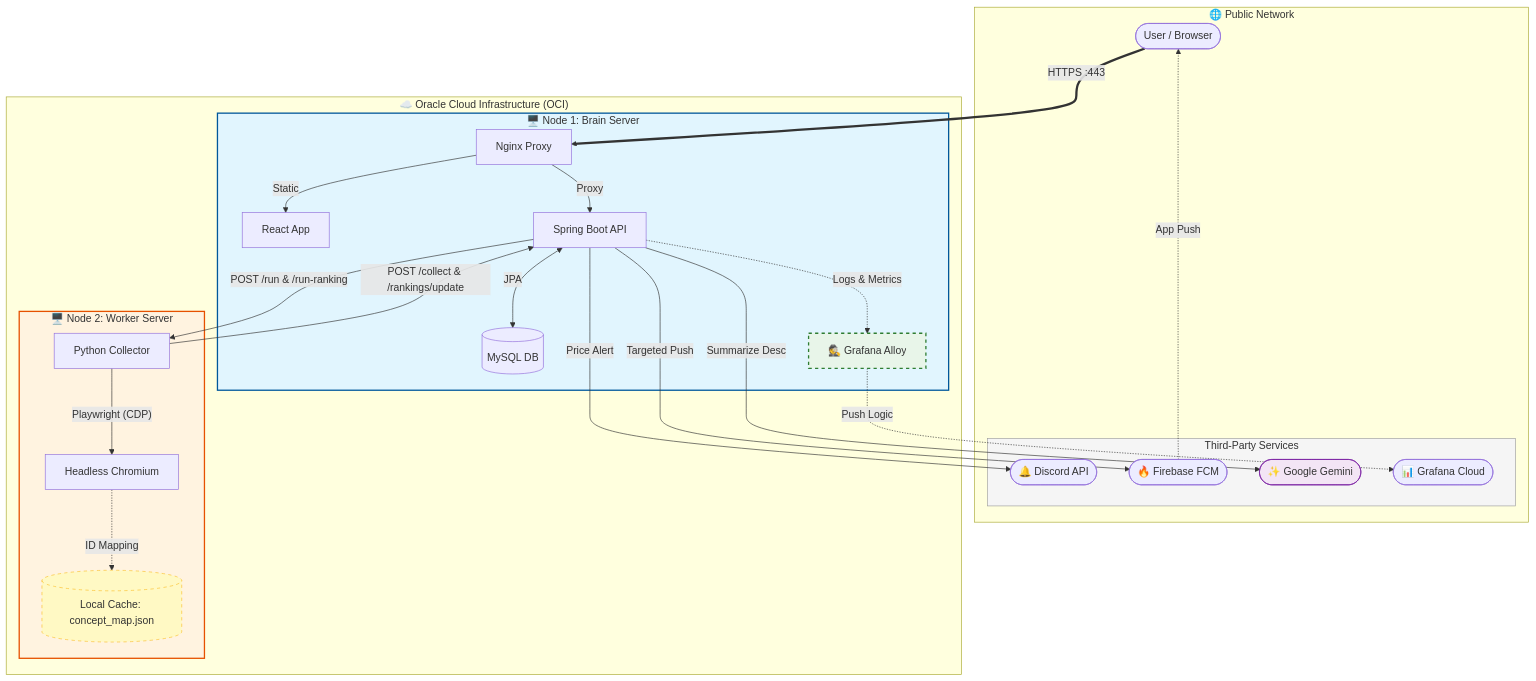
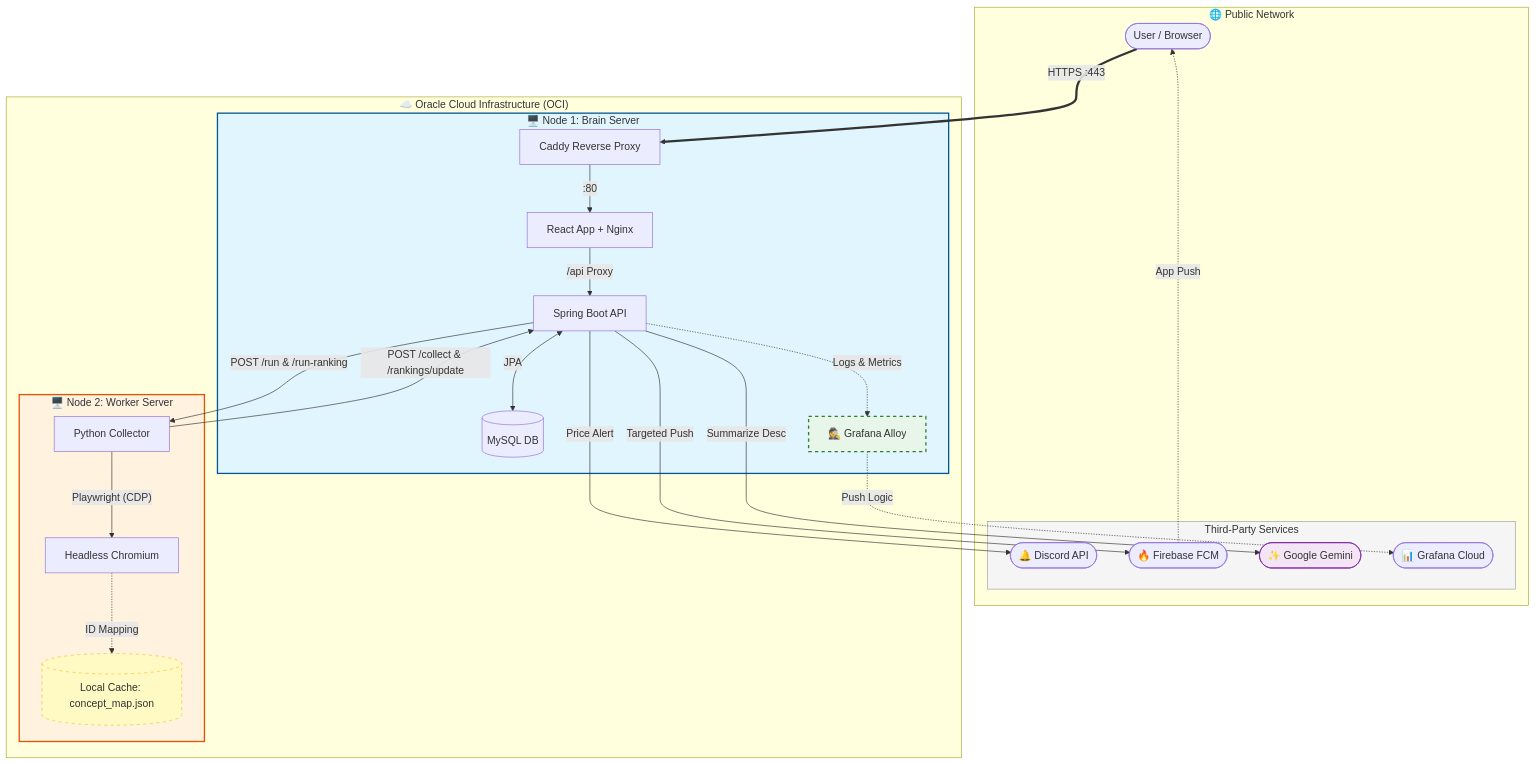
Before and after one commit to ygpark11/backend-lab: the diagram in msa/apps/README.md, drawn with Mermaid. The commit also changed other lines of this file and 4 other files, not shown here.

````diff
--- a/msa/apps/README.md
+++ b/msa/apps/README.md
@@ -65,66 +65,66 @@
 ```mermaid
 graph TD
     %% --- [External Network] ---
     subgraph Public_Network ["🌐 Public Network"]
         User([User / Browser])
         
         subgraph External_Services ["Third-Party Services"]
             Discord([🔔 Discord API])
             FCM([🔥 Firebase FCM])
             Gemini([✨ Google Gemini])
             Grafana([📊 Grafana Cloud])
         end
     end
 
     %% --- [Oracle Cloud Infrastructure] ---
     subgraph Oracle_Cloud ["☁️ Oracle Cloud Infrastructure (OCI)"]
         
         %% Node 1: Brain (Main Server)
         subgraph Node_1 ["🖥️ Node 1: Brain Server"]
-            Nginx[Nginx Proxy]
-            Front[React App]
+            Caddy[Caddy Reverse Proxy]
+            Front[React App + Nginx]
             SB[Spring Boot API]
             MySQL[(MySQL DB)]
             Alloy[🕵️ Grafana Alloy]
         end
 
         %% Node 2: Hand (Worker Server)
         subgraph Node_2 ["🖥️ Node 2: Worker Server"]
             Py[Python Collector]
             Browser[Headless Chromium]
             Cache[(Local Cache: concept_map.json)]
         end
 
         %% --- [Connections: Inbound] ---
-        User ==>|HTTPS :443| Nginx
-        Nginx -->|Static| Front
-        Nginx -->|Proxy| SB
+        User ==>|HTTPS :443| Caddy
+        Caddy -->|:80| Front
+        Front -->|/api Proxy| SB
         
         %% --- [Connections: Internal Logic] ---
         SB <-->|JPA| MySQL
         
         %% Private Network Communication (Brain <-> Hand)
         SB --"POST /run & /run-ranking"--> Py
         Py --"Playwright (CDP)"--> Browser
         Browser -.->|ID Mapping| Cache
         Py --"POST /collect & /rankings/update"--> SB
 
         %% --- [Connections: Outbound / Observability] ---
         SB -.->|Logs & Metrics| Alloy
         Alloy -.->|Push Logic| Grafana
         
         %% --- [Connections: External APIs] ---
         SB --"Price Alert"--> Discord
         SB --"Targeted Push"--> FCM
         SB --"Summarize Desc"--> Gemini
         FCM -.->|App Push| User
     end
 
     %% --- [Styling] ---
     style Node_1 fill:#e1f5fe,stroke:#01579b,stroke-width:2px
     style Node_2 fill:#fff3e0,stroke:#e65100,stroke-width:2px
     style Cache fill:#fff9c4,stroke:#fbc02d,stroke-width:1px,stroke-dasharray: 5 5
     style Alloy fill:#e8f5e9,stroke:#2e7d32,stroke-width:2px,stroke-dasharray: 5 5
     style External_Services fill:#f5f5f5,stroke:#9e9e9e,stroke-width:1px
     style Gemini fill:#f3e5f5,stroke:#7b1fa2,stroke-width:1px
 ```
````
